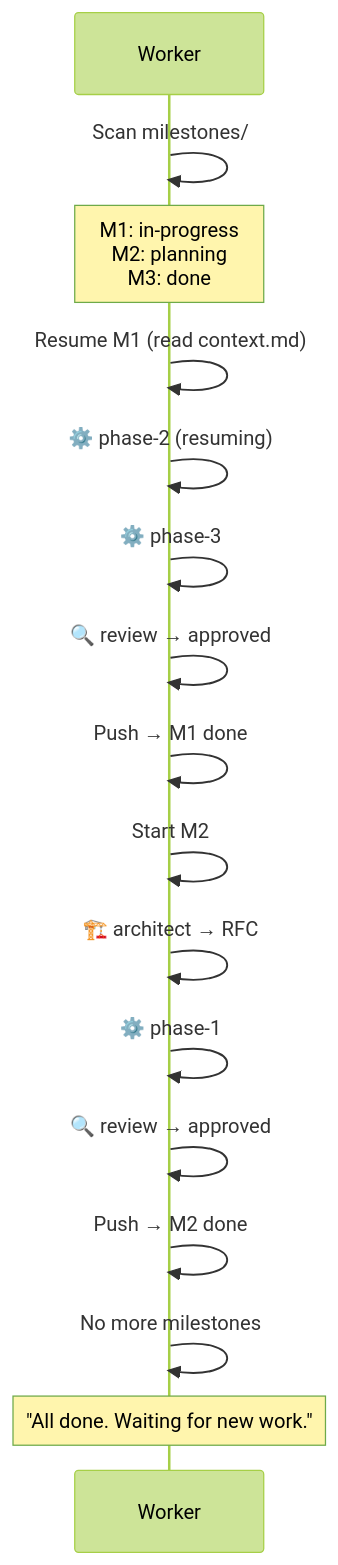
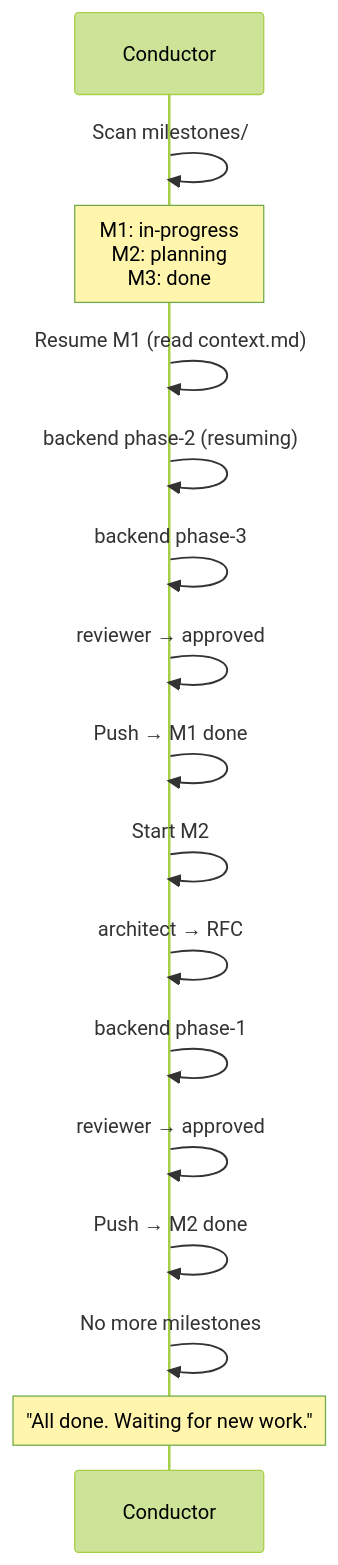
The second of 2 diagrams in template/.orchestra/README.md (sulhadin/orchestrator), drawn with Mermaid (forest theme) before and after one commit. The commit also changed other lines of this file and 15 other files, not shown here.

````diff
--- a/template/.orchestra/README.md
+++ b/template/.orchestra/README.md
@@ -366,22 +343,22 @@
 ```mermaid
 sequenceDiagram
-    participant W as Worker
+    participant C as Conductor
 
-    W->>W: Scan milestones/
-    Note over W: M1: in-progress<br/>M2: planning<br/>M3: done
+    C->>C: Scan milestones/
+    Note over C: M1: in-progress<br/>M2: planning<br/>M3: done
 
-    W->>W: Resume M1 (read context.md)
-    W->>W: ⚙️ phase-2 (resuming)
-    W->>W: ⚙️ phase-3
-    W->>W: 🔍 review → approved
-    W->>W: Push → M1 done
+    C->>C: Resume M1 (read context.md)
+    C->>C: backend phase-2 (resuming)
+    C->>C: backend phase-3
+    C->>C: reviewer → approved
+    C->>C: Push → M1 done
 
-    W->>W: Start M2
-    W->>W: 🏗️ architect → RFC
-    W->>W: ⚙️ phase-1
-    W->>W: 🔍 review → approved
-    W->>W: Push → M2 done
+    C->>C: Start M2
+    C->>C: architect → RFC
+    C->>C: backend phase-1
+    C->>C: reviewer → approved
+    C->>C: Push → M2 done
 
-    W->>W: No more milestones
-    Note over W: "All done. Waiting for new work."
+    C->>C: No more milestones
+    Note over C: "All done. Waiting for new work."
 ```
````
